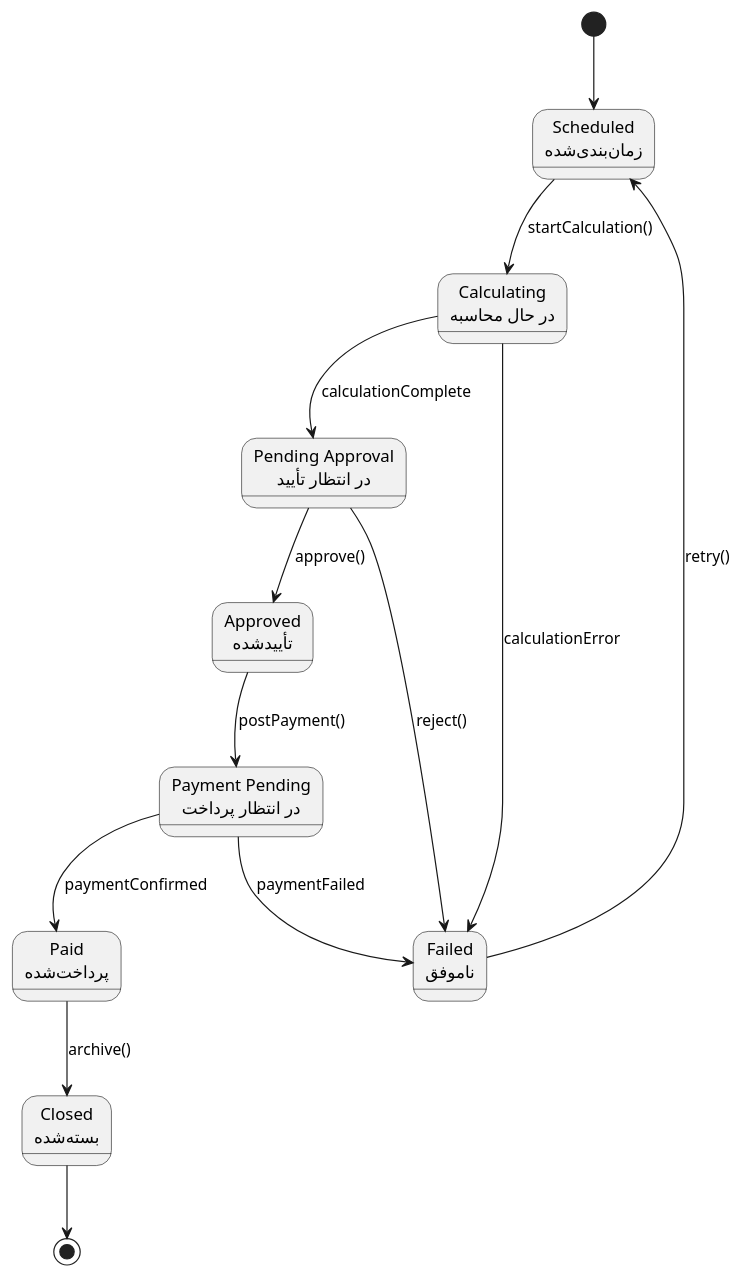
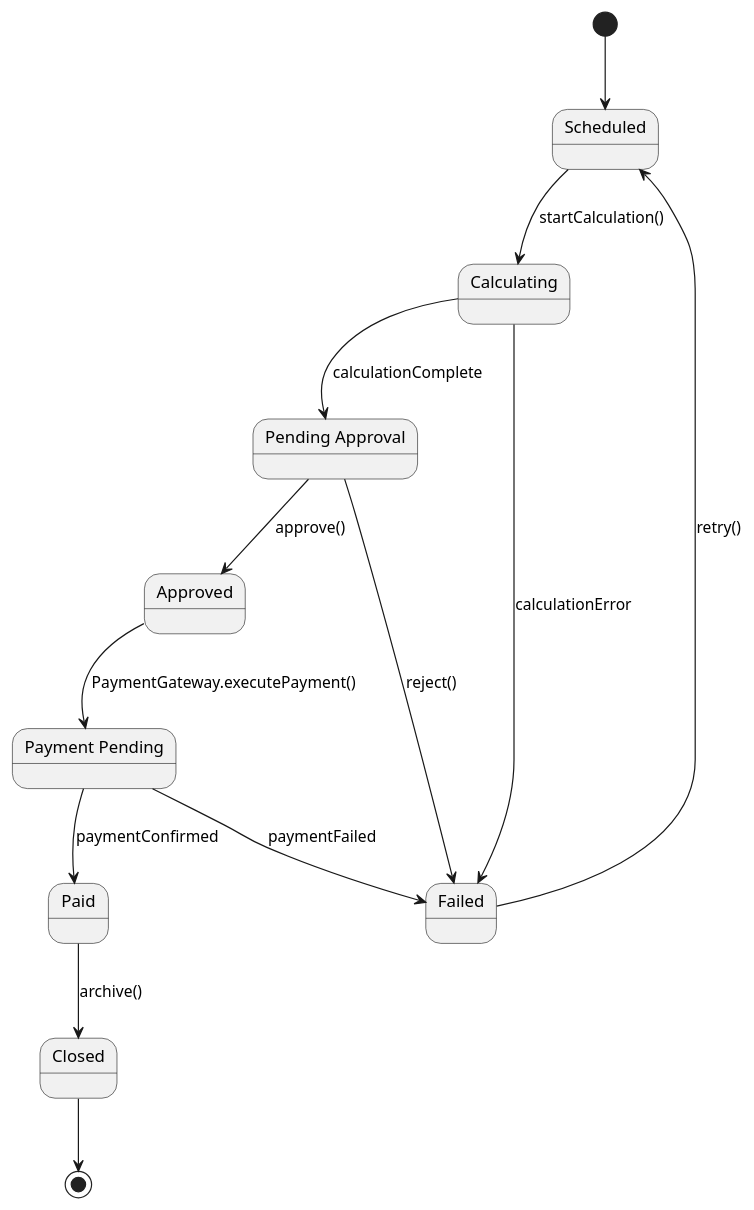
Before and after one commit to Shakour-Data/BedaanWaves: the second of 6 diagrams in docs/02_architecture/ARCH_integrated-hr-finance-procurement-uml-state-machine_v1.md, drawn with PlantUML. The commit also changed other lines of this file and 18 other files, not shown here.

Commit message:
Update middleware, API routes, gateway, tracing, rate limiter, main, and architecture diagrams

````diff
--- a/docs/02_architecture/ARCH_integrated-hr-finance-procurement-uml-state-machine_v1.md
+++ b/docs/02_architecture/ARCH_integrated-hr-finance-procurement-uml-state-machine_v1.md
@@ -48,26 +48,26 @@
 ```plantuml
 @startuml ARCH-L1-State-PayrollRun
 hide empty_description
-state "Scheduled\nزمان‌بندی‌شده" as Scheduled
-state "Calculating\nدر حال محاسبه" as Calculating
-state "Pending Approval\nدر انتظار تأیید" as PendingApproval
-state "Approved\nتأییدشده" as Approved
-state "Payment Pending\nدر انتظار پرداخت" as PaymentPending
-state "Paid\nپرداخت‌شده" as Paid
-state "Failed\nناموفق" as Failed
-state "Closed\nبسته‌شده" as Closed
+state "Scheduled" as Scheduled
+state "Calculating" as Calculating
+state "Pending Approval" as PendingApproval
+state "Approved" as Approved
+state "Payment Pending" as PaymentPending
+state "Paid" as Paid
+state "Failed" as Failed
+state "Closed" as Closed
 
 [*] --> Scheduled
 Scheduled --> Calculating : startCalculation()
 Calculating --> PendingApproval : calculationComplete
 Calculating --> Failed : calculationError
 PendingApproval --> Approved : approve()
 PendingApproval --> Failed : reject()
-Approved --> PaymentPending : postPayment()
+Approved --> PaymentPending : PaymentGateway.executePayment()
 PaymentPending --> Paid : paymentConfirmed
 PaymentPending --> Failed : paymentFailed
 Paid --> Closed : archive()
 Failed --> Scheduled : retry()
 Closed --> [*]
 @enduml
 ```
````
